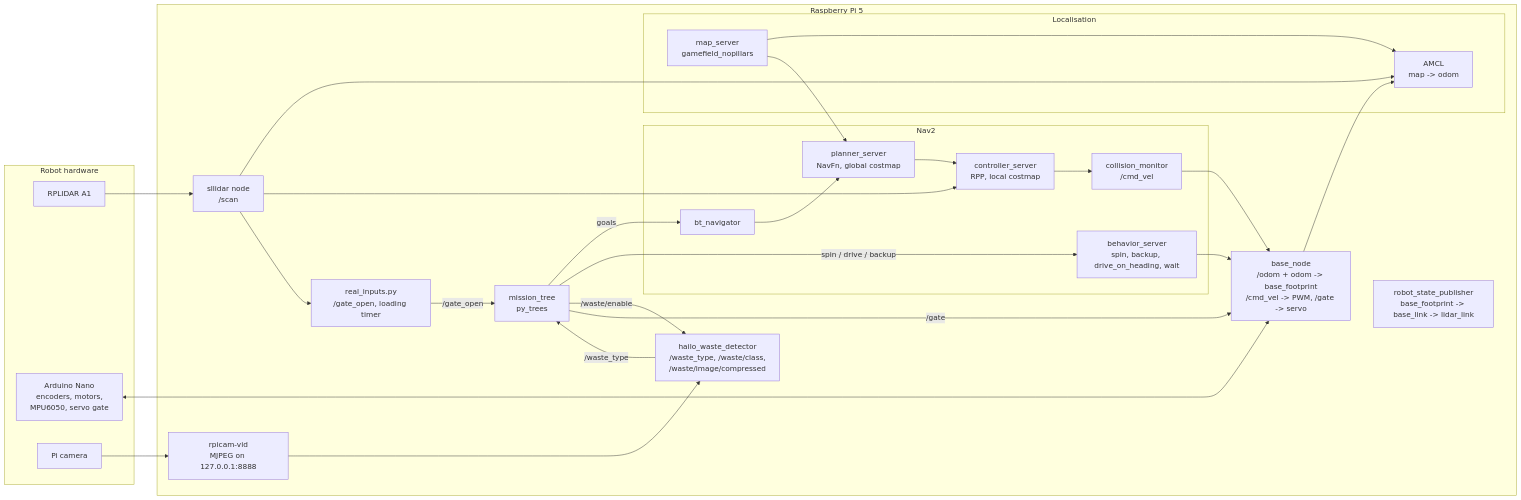
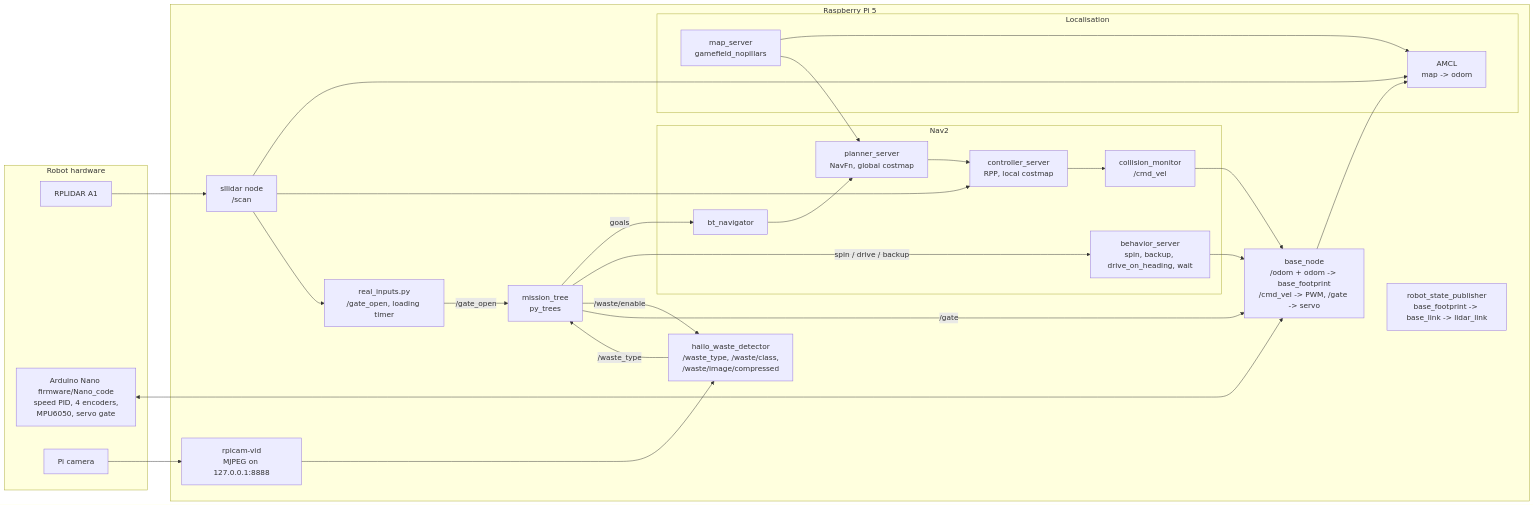
One commit to JOY19ANYANGO/malkiabots-robot changed the diagram in docs/ARCHITECTURE.md. Above: the diagram before and after it, drawn with Mermaid. The commit also changed other lines of this file and 5 other files, not shown here.

First line of the commit message:
Firmware: add the Arduino Nano sketch that runs on the robot

````diff
--- a/docs/ARCHITECTURE.md
+++ b/docs/ARCHITECTURE.md
@@ -7,40 +7,40 @@
 ```mermaid
 flowchart LR
   subgraph HW[Robot hardware]
     LIDAR[RPLIDAR A1]
-    NANO[Arduino Nano<br/>encoders, motors,<br/>MPU6050, servo gate]
+    NANO[Arduino Nano firmware/Nano_code<br/>speed PID, 4 encoders,<br/>MPU6050, servo gate]
     CAM[Pi camera]
   end
   subgraph PI[Raspberry Pi 5]
     RPL[sllidar node<br/>/scan]
     RSP[robot_state_publisher<br/>base_footprint -> base_link -> lidar_link]
     BASE[base_node<br/>/odom + odom -> base_footprint<br/>/cmd_vel -> PWM, /gate -> servo]
     VID[rpicam-vid<br/>MJPEG on 127.0.0.1:8888]
     DET[hailo_waste_detector<br/>/waste_type, /waste/class,<br/>/waste/image/compressed]
     RI[real_inputs.py<br/>/gate_open, loading timer]
     subgraph LOC[Localisation]
       MS[map_server<br/>gamefield_nopillars]
       AMCL[AMCL<br/>map -> odom]
     end
     subgraph NAV[Nav2]
       BTN[bt_navigator]
       PL[planner_server<br/>NavFn, global costmap]
       CT[controller_server<br/>RPP, local costmap]
       CM[collision_monitor<br/>/cmd_vel]
       BH[behavior_server<br/>spin, backup, drive_on_heading, wait]
     end
     MT[mission_tree<br/>py_trees]
   end
   LIDAR --> RPL
   NANO <--> BASE
   CAM --> VID --> DET
   RPL --> AMCL & CT & RI
   MS --> AMCL & PL
   BASE --> AMCL
   MT -- goals --> BTN --> PL --> CT --> CM --> BASE
   MT -- spin / drive / backup --> BH --> BASE
   DET -- /waste_type --> MT
   MT -- /waste/enable --> DET
   RI -- /gate_open --> MT
   MT -- /gate --> BASE
 ```
````
